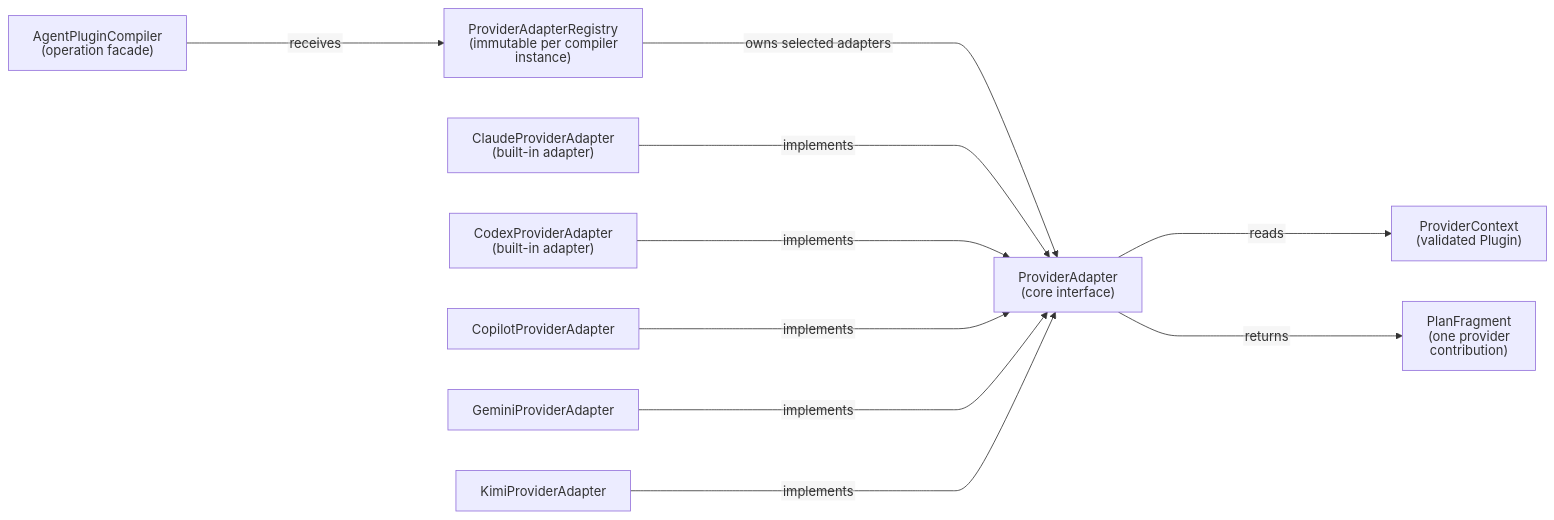
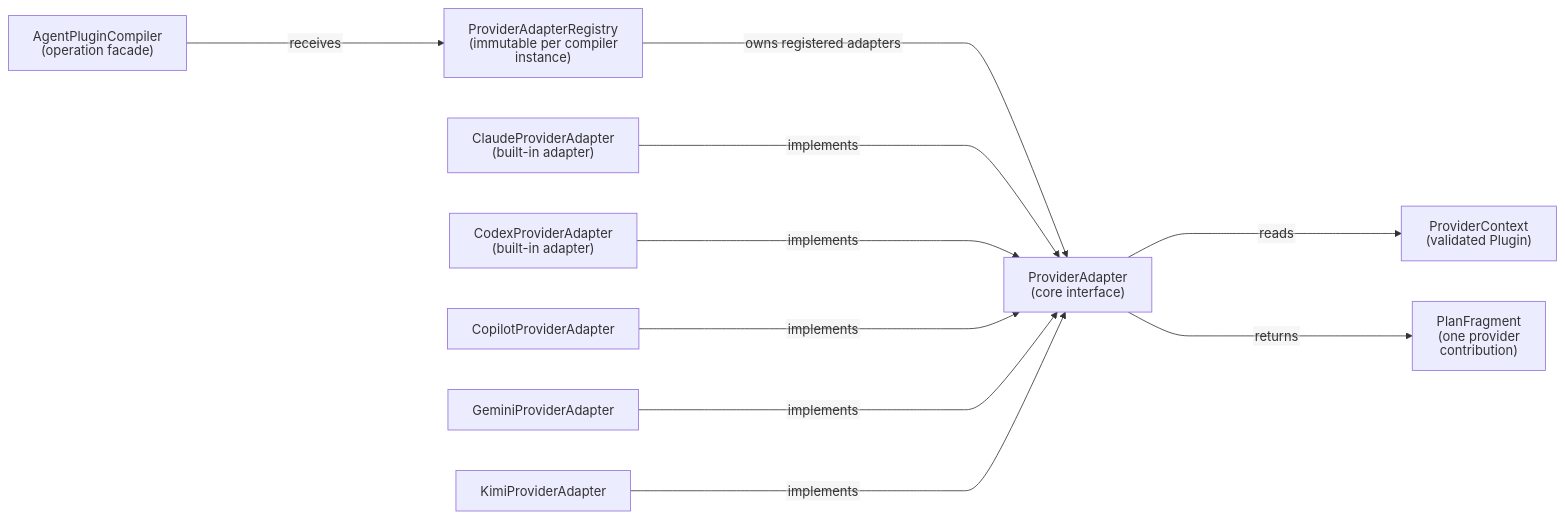
One commit to fam-tung-lam/ptlam-agent-plugin-compiler changed the fifth of 9 diagrams in docs/ARCHITECTURE.md. Above: the diagram before and after it, drawn with Mermaid. The commit also changed other lines of this file and 51 other files, not shown here.

````diff
--- a/docs/ARCHITECTURE.md
+++ b/docs/ARCHITECTURE.md
@@ -224,48 +245,48 @@
 ```mermaid
 ---
 config:
   htmlLabels: false
 ---
 flowchart LR
     AgentPluginCompiler["`
         AgentPluginCompiler
         (operation facade)
     `"]
     ProviderAdapterRegistry["`
         ProviderAdapterRegistry
         (immutable per compiler instance)
     `"]
     ProviderAdapter["`
         ProviderAdapter
         (core interface)
     `"]
     ClaudeProviderAdapter["`
         ClaudeProviderAdapter
         (built-in adapter)
     `"]
     CodexProviderAdapter["`
         CodexProviderAdapter
         (built-in adapter)
     `"]
     CopilotProviderAdapter["`CopilotProviderAdapter`"]
     GeminiProviderAdapter["`GeminiProviderAdapter`"]
     KimiProviderAdapter["`KimiProviderAdapter`"]
     ProviderContext["`
         ProviderContext
         (validated Plugin)
     `"]
     PlanFragment["`
         PlanFragment
         (one provider contribution)
     `"]
 
     AgentPluginCompiler ------>|"`receives`"| ProviderAdapterRegistry
-    ProviderAdapterRegistry ------>|"`owns selected adapters`"| ProviderAdapter
+    ProviderAdapterRegistry ------>|"`owns registered adapters`"| ProviderAdapter
     ClaudeProviderAdapter ------>|"`implements`"| ProviderAdapter
     CodexProviderAdapter ------>|"`implements`"| ProviderAdapter
     CopilotProviderAdapter ------>|"`implements`"| ProviderAdapter
     GeminiProviderAdapter ------>|"`implements`"| ProviderAdapter
     KimiProviderAdapter ------>|"`implements`"| ProviderAdapter
     ProviderAdapter ------>|"`reads`"| ProviderContext
     ProviderAdapter ------>|"`returns`"| PlanFragment
 ```
````
